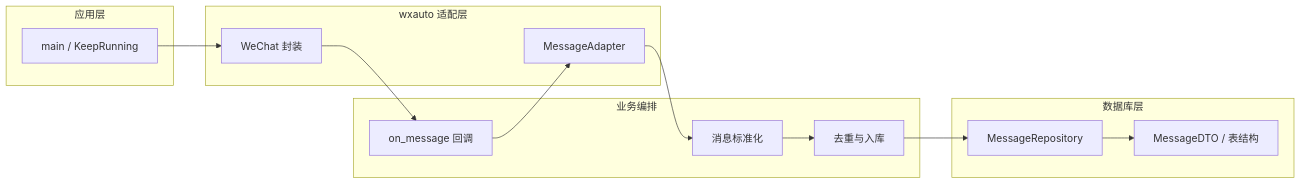
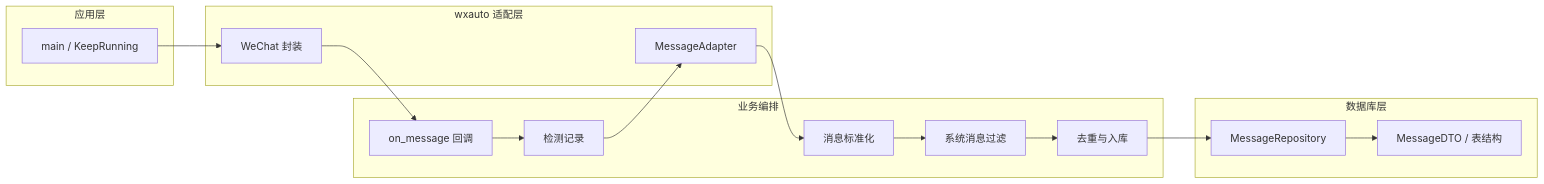
The diagram in DESIGN.md (tzynodi/wxauto-pro), drawn with Mermaid before and after one commit. The commit also changed other lines of this file and 9 other files, not shown here.

````diff
--- a/DESIGN.md
+++ b/DESIGN.md
@@ -55,26 +49,30 @@
 ```mermaid
 flowchart LR
   subgraph app [应用层]
     Main[main / KeepRunning]
   end
   subgraph biz [业务编排]
     Callback[on_message 回调]
+    DetectLog[检测记录]
     Normalize[消息标准化]
+    Filter[系统消息过滤]
     DedupSave[去重与入库]
   end
   subgraph wx_layer [wxauto 适配层]
     WxFacade[WeChat 封装]
     MsgAdapter[MessageAdapter]
   end
   subgraph db_layer [数据库层]
     Repo[MessageRepository]
     Models[MessageDTO / 表结构]
   end
   Main --> WxFacade
   WxFacade --> Callback
-  Callback --> MsgAdapter
+  Callback --> DetectLog
+  DetectLog --> MsgAdapter
   MsgAdapter --> Normalize
-  Normalize --> DedupSave
+  Normalize --> Filter
+  Filter --> DedupSave
   DedupSave --> Repo
   Repo --> Models
 ```
````
